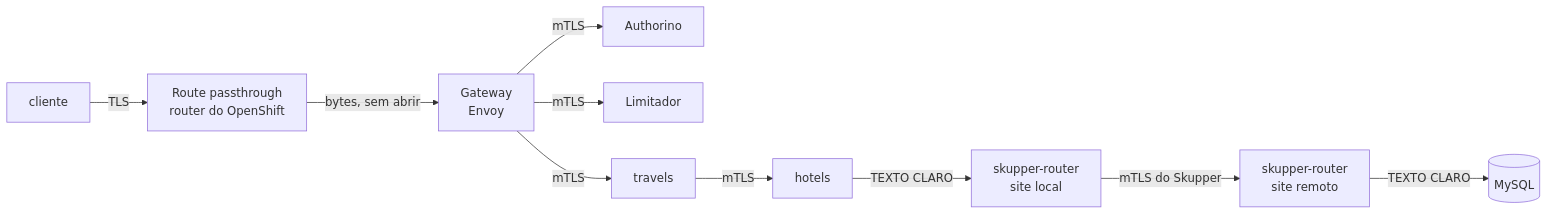
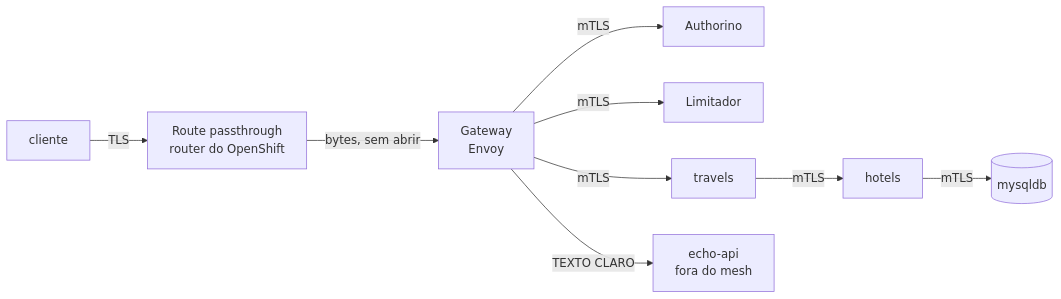
The diagram in content/modules/ROOT/pages/m2-04-canal.adoc (workshop-tanaka/rhcl-connectivity-workshop), drawn with Mermaid before and after one commit. The commit also changed other lines of this file and 13 other files, not shown here.

```diff
--- a/content/modules/ROOT/pages/m2-04-canal.adoc
+++ b/content/modules/ROOT/pages/m2-04-canal.adoc
@@ -199,13 +197,12 @@
 [mermaid]
 ....
 flowchart LR
   C["cliente"] -->|"TLS"| RT["Route passthrough<br/>router do OpenShift"]
   RT -->|"bytes, sem abrir"| GW["Gateway<br/>Envoy"]
   GW -->|"mTLS"| AU["Authorino"]
   GW -->|"mTLS"| LI["Limitador"]
   GW -->|"mTLS"| TR["travels"]
   TR -->|"mTLS"| HO["hotels"]
-  HO -->|"TEXTO CLARO"| S1["skupper-router<br/>site local"]
-  S1 -->|"mTLS do Skupper"| S2["skupper-router<br/>site remoto"]
-  S2 -->|"TEXTO CLARO"| DB[("MySQL")]
+  HO -->|"mTLS"| DB[("mysqldb")]
+  GW -->|"TEXTO CLARO"| EC["echo-api<br/>fora do mesh"]
 ....
```
